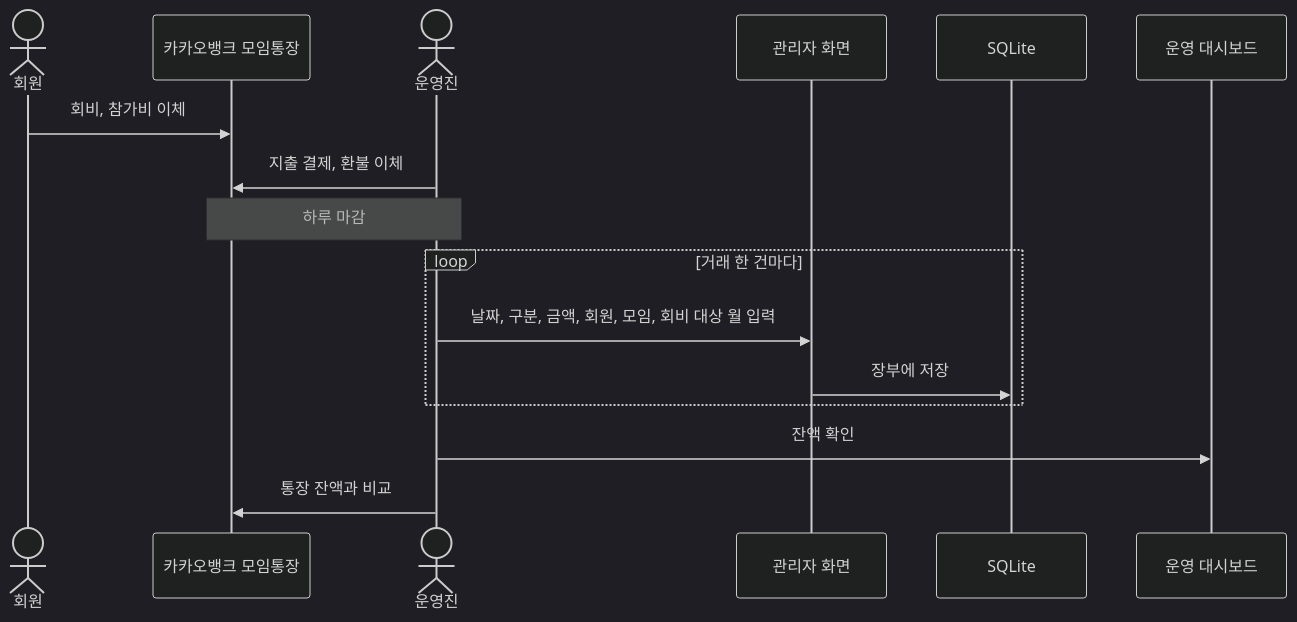
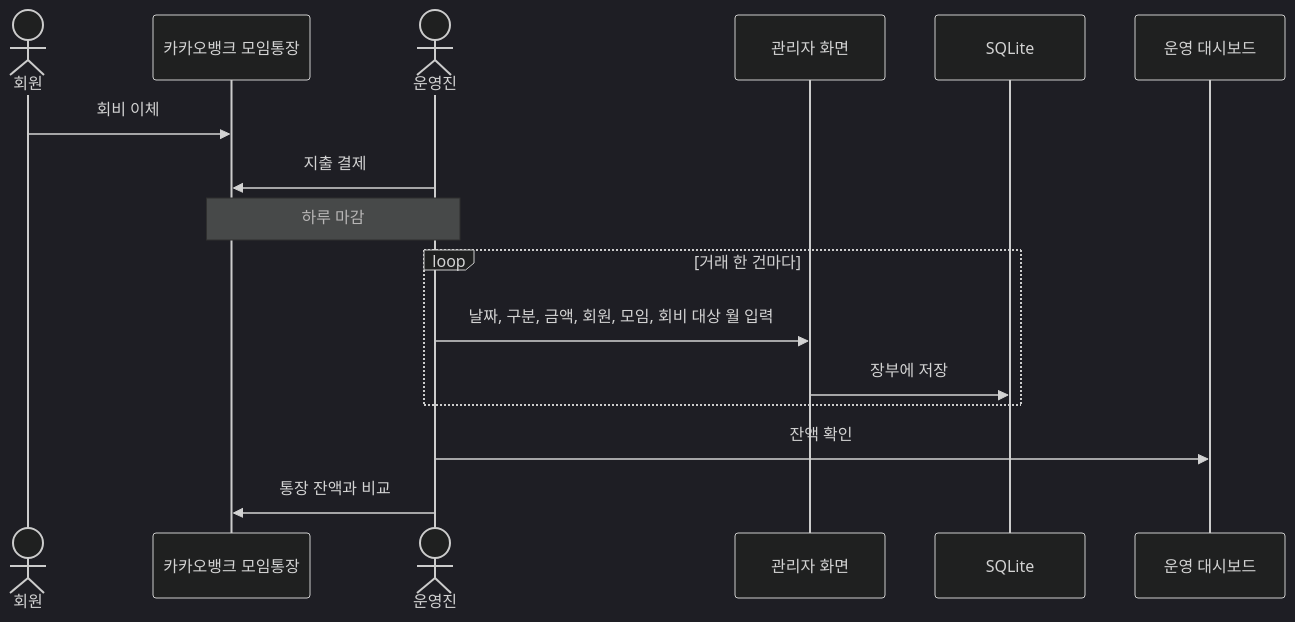
Before and after one commit to keepmind7/AI_Club_Web: the fourth of 6 diagrams in README.md, drawn with Mermaid (dark theme). The commit also changed other lines of this file and 33 other files, not shown here.

````diff
--- a/README.md
+++ b/README.md
@@ -366,19 +362,19 @@
 ```mermaid
 sequenceDiagram
     actor M as 회원
     participant Bank as 카카오뱅크 모임통장
     actor A as 운영진
     participant Admin as 관리자 화면
     participant DB as SQLite
     participant Dash as 운영 대시보드
 
-    M->>Bank: 회비, 참가비 이체
-    A->>Bank: 지출 결제, 환불 이체
+    M->>Bank: 회비 이체
+    A->>Bank: 지출 결제
     Note over A,Bank: 하루 마감
     loop 거래 한 건마다
         A->>Admin: 날짜, 구분, 금액, 회원, 모임, 회비 대상 월 입력
         Admin->>DB: 장부에 저장
     end
     A->>Dash: 잔액 확인
     A->>Bank: 통장 잔액과 비교
 ```
````
